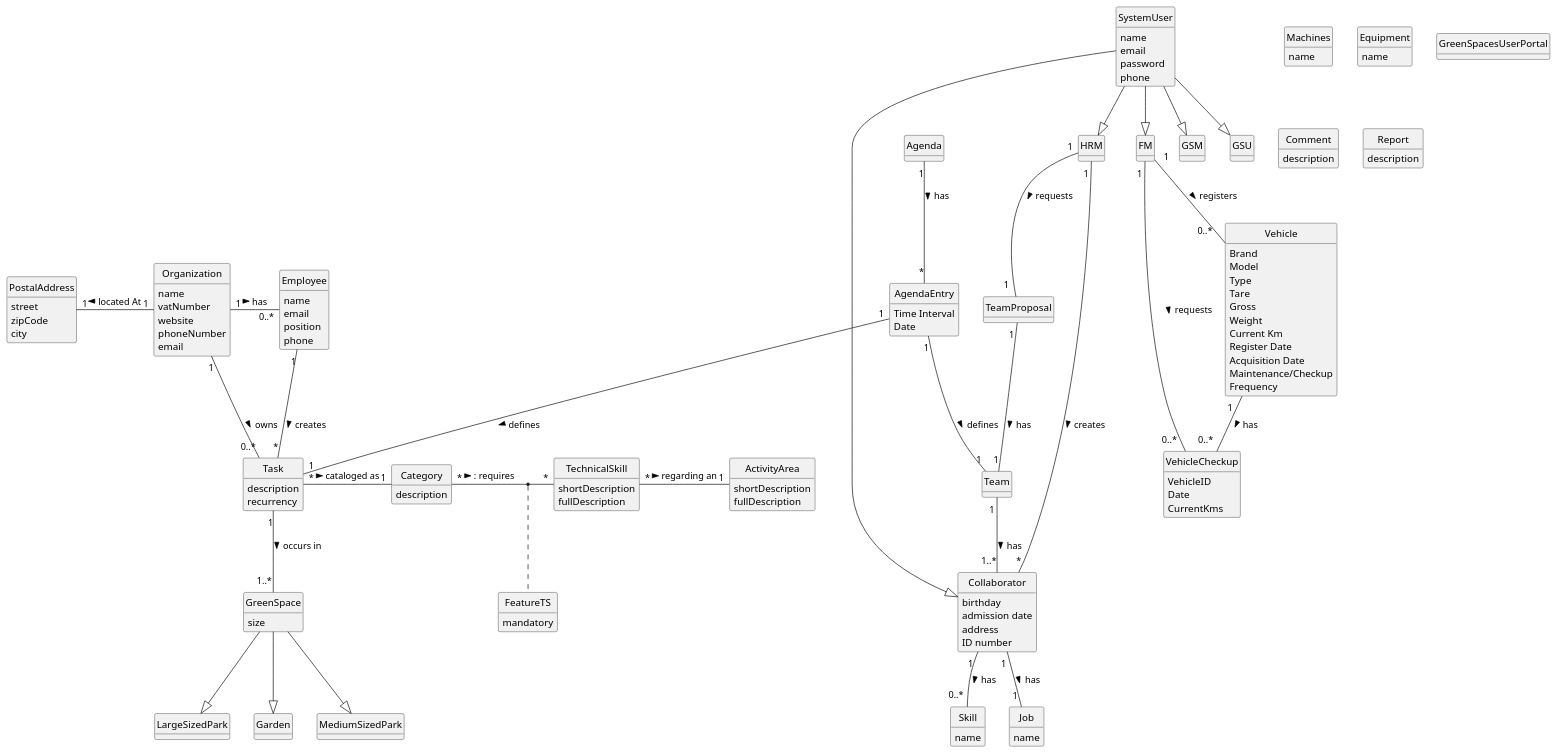
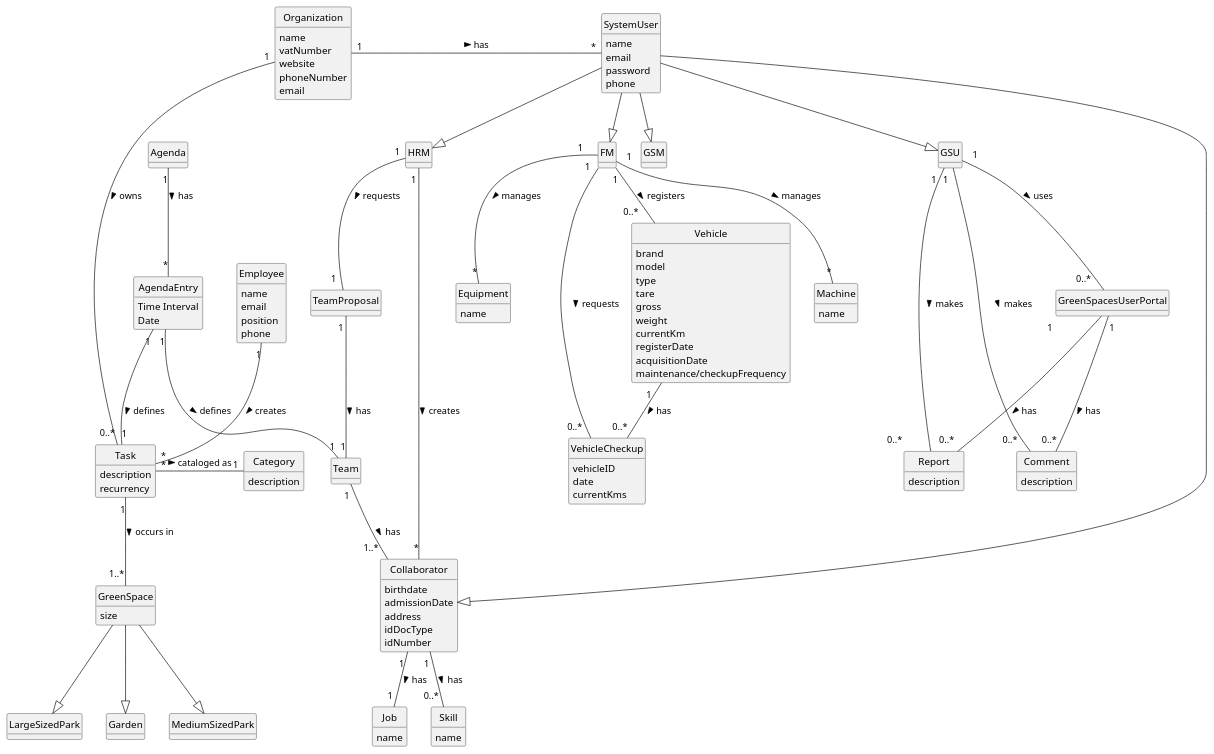
Before and after one commit to Departamento-de-Engenharia-Informatica/lei-24-s2-1do-g164: the diagram in docs/sprintA/global-artifacts/02.analysis/puml/project-domain-model.puml, drawn with PlantUML.

Commit message:
docs(global-artifacts): continue of project domain model

```diff
--- a/docs/sprintA/global-artifacts/02.analysis/puml/project-domain-model.puml
+++ b/docs/sprintA/global-artifacts/02.analysis/puml/project-domain-model.puml
@@ -1,199 +1,178 @@
 @startuml
 skinparam monochrome true
 skinparam packageStyle rectangle
 skinparam shadowing false
 'skinparam linetype ortho
 'left to right direction
 skinparam classAttributeIconSize 0
 hide circle
 hide methods
 
 'title Domain Model
 
 'class Platform {
 '  -description
 '}
 
 class Organization {
     name
     vatNumber
     website
     phoneNumber
     email
+
 }
 
 class GreenSpace {
     size
 }
 
 class Garden
 class MediumSizedPark
 class LargeSizedPark
 
 class SystemUser {
     name
     email
     password
     phone
+
 }
 class HRM {
 }
 class FM {
 }
 class Collaborator {
-        birthday
-        admission date
-        address
-        ID number
+               birthdate
+               admissionDate
+               address
+               idDocType
+               idNumber
 }
 class GSM {
 }
 class GSU {
 }
 
 class TeamProposal {
 }
 
 class Team {
 }
 
 class Skill {
     name
 }
 
 class Job {
     name
 }
 
 class Task {
     description
     recurrency
 }
 
 class VehicleCheckup {
-    VehicleID
-    Date
-    CurrentKms
+        vehicleID
+        date
+        currentKms
 }
 
 class Vehicle {
-      Brand
-      Model
-      Type
-      Tare
-      Gross
-      Weight
-      Current Km
-      Register Date
-      Acquisition Date
-      Maintenance/Checkup
-      Frequency
+            brand
+           model
+           type
+           tare
+           gross
+           weight
+           currentKm
+           registerDate
+           acquisitionDate
+           maintenance/checkupFrequency
 }
 
-class Machines {
+class Machine {
     name
 }
 
 class Equipment {
     name
 }
 
 class Agenda {
 }
 
 class AgendaEntry {
     Time Interval
     Date
 }
 
 class GreenSpacesUserPortal{
 }
 
 class Comment{
     description
 }
 class Report{
     description
 }
 
 class Category {
     description
 }
 
 class Employee {
     name
     email
     position
     phone
 }
 
-class TechnicalSkill{
-    shortDescription
-    fullDescription
-}
-
-class ActivityArea{
-    shortDescription
-    fullDescription
-}
-
-class FeatureTS{
-    mandatory
-}
-
-'class User {
-'    name
-'    email
-'    password
-'}
-class PostalAddress{
-    street
-    zipCode
-    city
-}
-
 SystemUser --|> HRM
 SystemUser --|> FM
 SystemUser --|> Collaborator
 SystemUser --|> GSM
 SystemUser --|> GSU
 
 GreenSpace --|> Garden
 GreenSpace --|> MediumSizedPark
 GreenSpace --|> LargeSizedPark
 
 Task "1" -- "1..*" GreenSpace : occurs in >
 
 Agenda "1" -- "*" AgendaEntry : has >
 AgendaEntry "1" -- "1" Task : defines >
 AgendaEntry "1" -- "1" Team : defines >
 
-FM "  1  " -- "0..*   " Vehicle : registers >
-Vehicle "1   " -- "0..*  " VehicleCheckup : has >
+FM " 1" -- "0..*     " Vehicle : registers >
+FM "  1 " -- "*" Machine : manages >
+FM "  1    " -- "*" Equipment : manages >
+Vehicle "1   " -- "0..* " VehicleCheckup : has >
 FM "1 " -- "0..*  " VehicleCheckup : requests >
+GSU"  1  " -- "0..*          " Report: makes >
+GSU"  1  " -- "0..*   " Comment: makes >
+GSU"  1  " -- "0..*   " GreenSpacesUserPortal:  uses >
+GreenSpacesUserPortal "1                 " -- "0..*   " Report : has >
+GreenSpacesUserPortal "1    " -- "0..*" Comment : has >
 
 'Platform "1" -- "*" Organization : has registered >
 'Platform "1" -- "*" Category : defines >
-Organization "1" - "0..*" Employee : has >
+Organization "1" - "*" SystemUser : has >
 Organization "1" - "0..*" Task: owns >
 'Task "*" -- "1" Employee: created by >
 Employee "1" -- "*" Task : creates >
 'Employee "0..1" -- "1" User: acts as >
 Task "*" - "1" Category: cataloged as >
-TechnicalSkill "*" - "1" ActivityArea: regarding an >
 
-Category "*" - "*" TechnicalSkill :  : requires >
-(Category, TechnicalSkill) . FeatureTS
-
-Organization "1" -left "1" PostalAddress : located At >
 
 
 
 HRM "1 " -- "*" Collaborator : creates >
 HRM "1" -- "1  " TeamProposal : requests >
 TeamProposal "1 " --"1" Team: has >
-Team "1 " -- "1..*" Collaborator: has >
+Team "1 " -- "1..*  " Collaborator: has >
 Collaborator "1 " -- "0..* " Skill : has >
 Collaborator "1 " -- "1 " Job : has >
 
 @enduml
```
